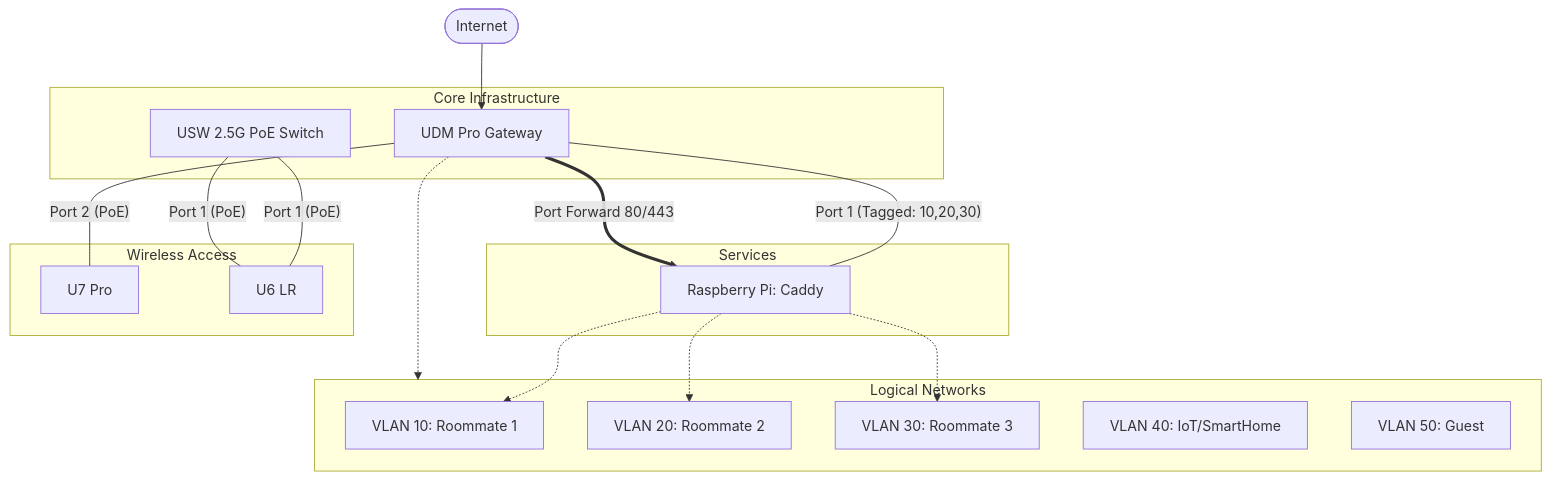
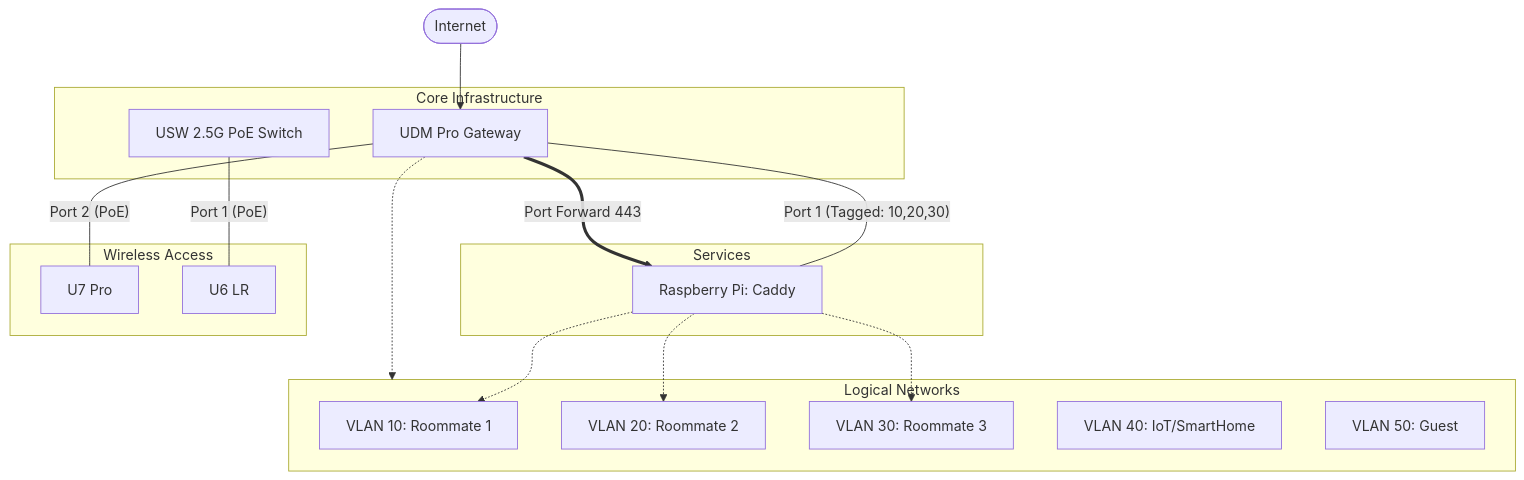
The diagram in README.md (cthul00/homelab-net), drawn with Mermaid before and after one commit. The commit also changed other lines of this file, not shown here.

Commit message:
docs: manual updates to network topology

````diff
--- a/README.md
+++ b/README.md
@@ -6,46 +6,43 @@
 ```mermaid
 graph TD
     %% Internet Connection
     WAN([Internet]) --> UDM
 
     subgraph Core ["Core Infrastructure"]
         UDM[UDM Pro Gateway]
         USW[USW 2.5G PoE Switch]
     end
 
     %% Physical Connections
     UDM -- "Port 1 (Tagged: 10,20,30)" --- Caddy
     UDM -- "Port 2 (PoE)" --- U7
     USW -- "Port 1 (PoE)" --- U6
 
     subgraph Services ["Services"]
         Caddy[Raspberry Pi: Caddy]
     end
 
     subgraph Wireless ["Wireless Access"]
         U7[U7 Pro]
         U6[U6 LR]
     end
 
-    %% Connection from Switch
-    USW -- "Port 1 (PoE)" --- U6
-
     subgraph VLANs ["Logical Networks"]
         V10[VLAN 10: Roommate 1]
         V20[VLAN 20: Roommate 2]
         V30[VLAN 30: Roommate 3]
         V40[VLAN 40: IoT/SmartHome]
         V50[VLAN 50: Guest]
     end
 
     %% Logical Routing flow
     UDM -.-> VLANs
     
     %% Caddy's logical access
     Caddy -.-> V10
     Caddy -.-> V20
     Caddy -.-> V30
 
     %% Traffic Rules
-    UDM == "Port Forward 80/443" ==> Caddy
+    UDM == "Port Forward 443" ==> Caddy
 ```
````
